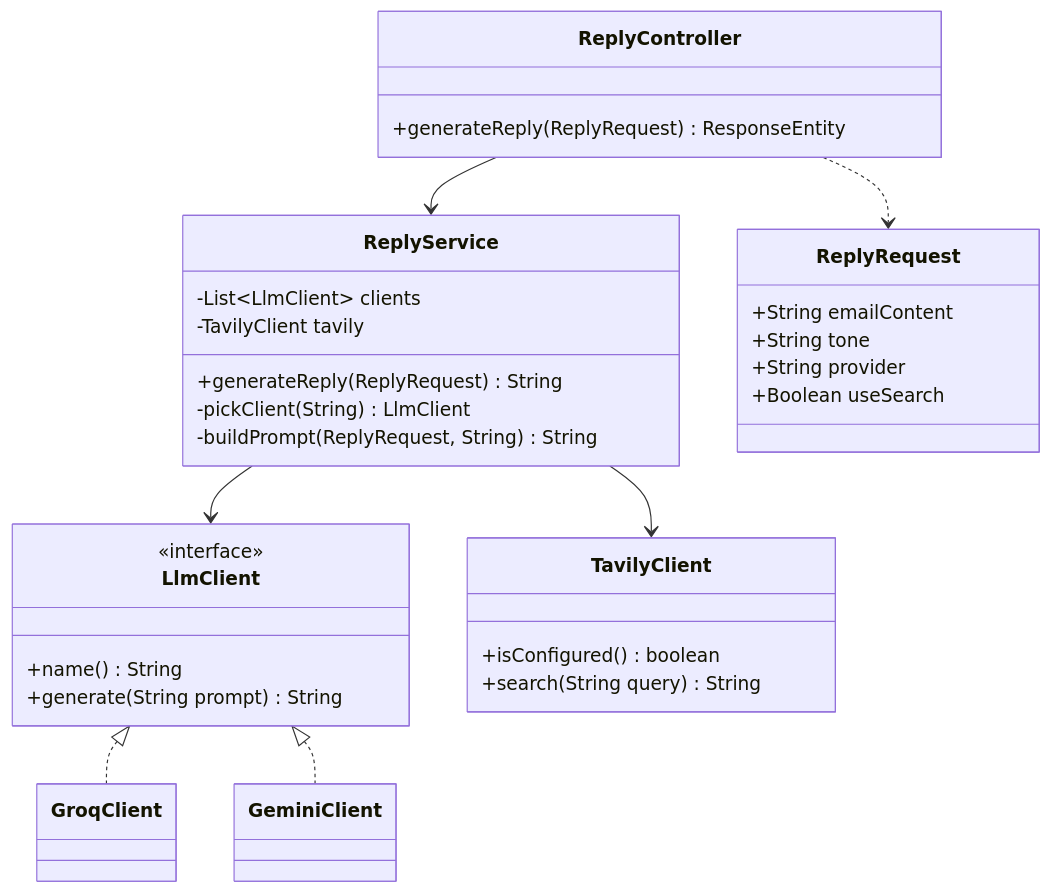
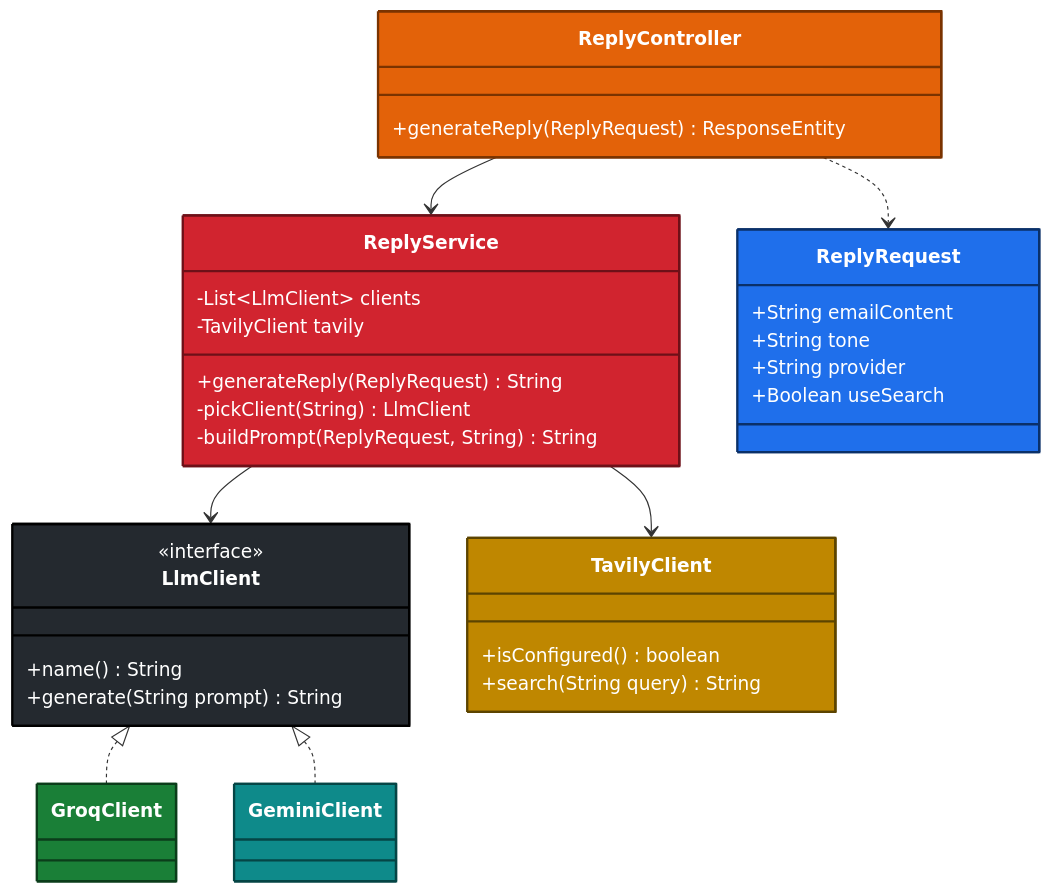
One commit to sourabhvamdevan/smart-mail-reply-chrome-extension changed the third of 3 diagrams in README.md. Above: the diagram before and after it, drawn with Mermaid. The commit also changed other lines of this file, not shown here.

First line of the commit message:
Enhance README with updated diagrams and styling

````diff
--- a/README.md
+++ b/README.md
@@ -108,37 +140,45 @@
 ```mermaid
 classDiagram
     class ReplyController {
         +generateReply(ReplyRequest) ResponseEntity
     }
     class ReplyService {
         -List~LlmClient~ clients
         -TavilyClient tavily
         +generateReply(ReplyRequest) String
         -pickClient(String) LlmClient
         -buildPrompt(ReplyRequest, String) String
     }
     class ReplyRequest {
         +String emailContent
         +String tone
         +String provider
         +Boolean useSearch
     }
     class LlmClient {
         <<interface>>
         +name() String
         +generate(String prompt) String
     }
     class GroqClient
     class GeminiClient
     class TavilyClient {
         +isConfigured() boolean
         +search(String query) String
     }
 
     ReplyController --> ReplyService
     ReplyController ..> ReplyRequest
     ReplyService --> LlmClient
     ReplyService --> TavilyClient
     LlmClient <|.. GroqClient
     LlmClient <|.. GeminiClient
+
+    style ReplyController fill:#e36209,stroke:#7a3300,color:#ffffff,stroke-width:2px
+    style ReplyService fill:#d1242f,stroke:#6e1018,color:#ffffff,stroke-width:2px
+    style ReplyRequest fill:#1f6feb,stroke:#0a3069,color:#ffffff,stroke-width:2px
+    style LlmClient fill:#24292f,stroke:#000000,color:#ffffff,stroke-width:2px
+    style GroqClient fill:#1a7f37,stroke:#0b3d1a,color:#ffffff,stroke-width:2px
+    style GeminiClient fill:#0e8a8a,stroke:#054545,color:#ffffff,stroke-width:2px
+    style TavilyClient fill:#bf8700,stroke:#5c4400,color:#ffffff,stroke-width:2px
 ```
````
